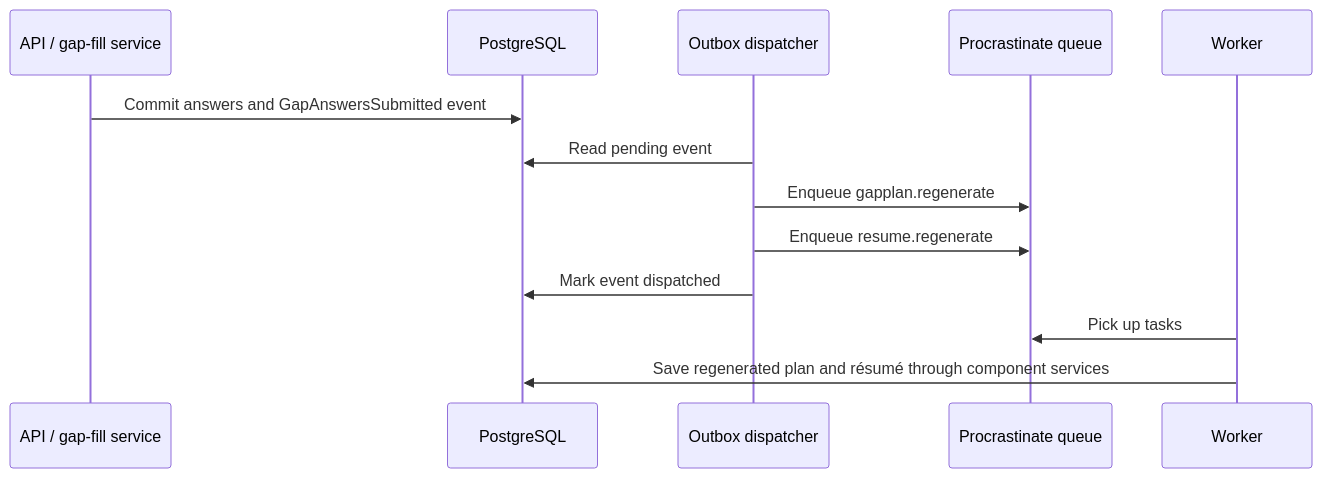
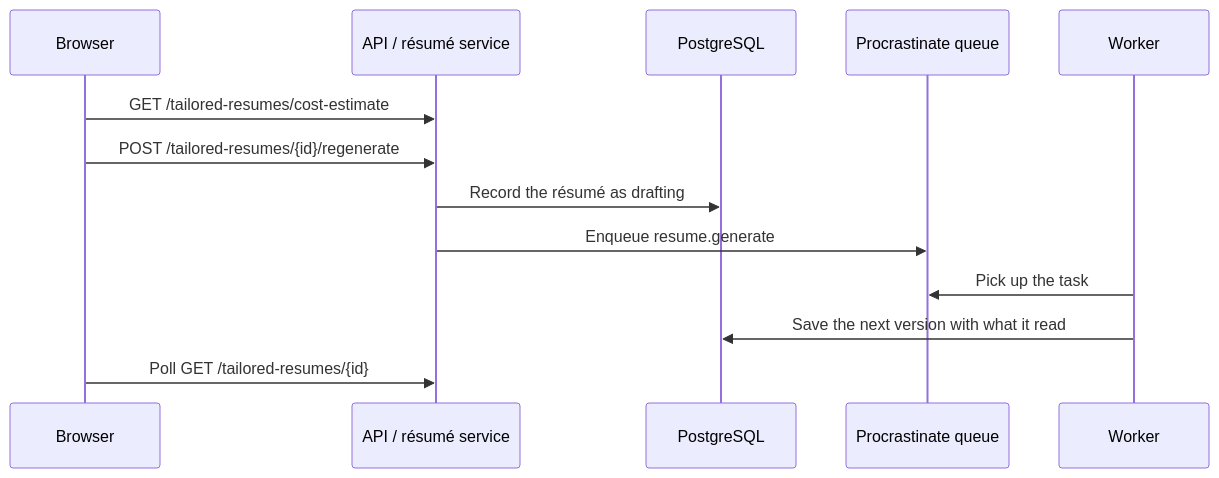
Before and after one commit to ycc789741ycc/career-polaris: the second of 2 diagrams in docs/technical/task-queue.md, drawn with Mermaid. The commit also changed other lines of this file and 51 other files, not shown here.

First line of the commit message:
feature(no-ticket): regenerate the gap plan and résumé only when asked

````diff
--- a/docs/technical/task-queue.md
+++ b/docs/technical/task-queue.md
@@ -85,16 +85,16 @@
 ```mermaid
 sequenceDiagram
-    participant API as API / gap-fill service
+    participant UI as Browser
+    participant API as API / résumé service
     participant DB as PostgreSQL
-    participant D as Outbox dispatcher
     participant Q as Procrastinate queue
     participant W as Worker
 
-    API->>DB: Commit answers and GapAnswersSubmitted event
-    D->>DB: Read pending event
-    D->>Q: Enqueue gapplan.regenerate
-    D->>Q: Enqueue resume.regenerate
-    D->>DB: Mark event dispatched
-    W->>Q: Pick up tasks
-    W->>DB: Save regenerated plan and résumé through component services
+    UI->>API: GET /tailored-resumes/cost-estimate
+    UI->>API: POST /tailored-resumes/{id}/regenerate
+    API->>DB: Record the résumé as drafting
+    API->>Q: Enqueue resume.generate
+    W->>Q: Pick up the task
+    W->>DB: Save the next version with what it read
+    UI->>API: Poll GET /tailored-resumes/{id}
 ```
````
